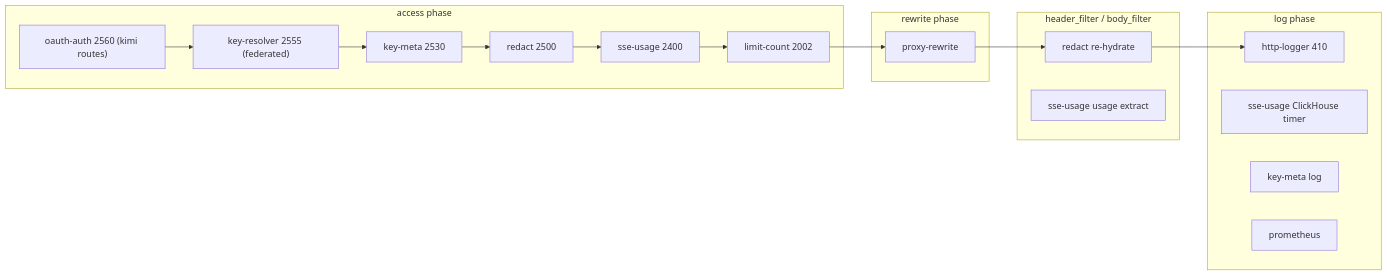
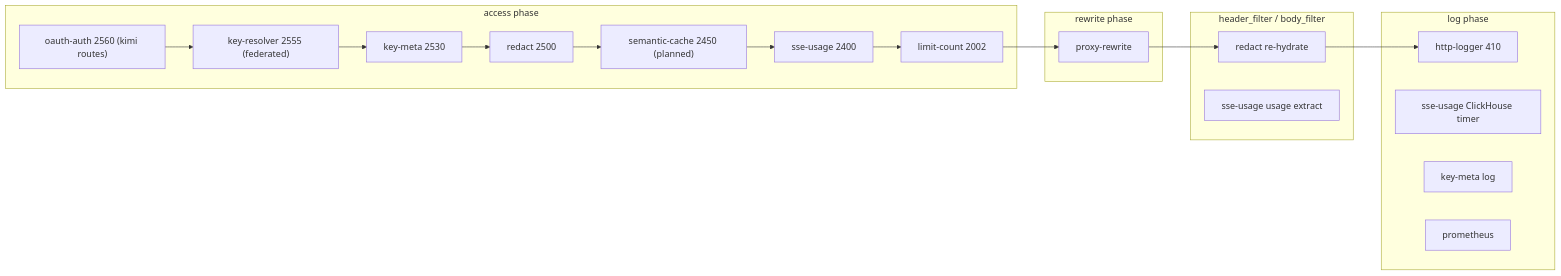
One commit to Independent-AI-Labs/WORKSPACE-GATEWAY changed the diagram in docs/architecture/PLUGIN-PIPELINE.md. Above: the diagram before and after it, drawn with Mermaid. The commit also changed other lines of this file and 6 other files, not shown here.

First line of the commit message:
docs: move semantic cache to pgvector + llama.cpp, fix redact drift

````diff
--- a/docs/architecture/PLUGIN-PIPELINE.md
+++ b/docs/architecture/PLUGIN-PIPELINE.md
@@ -11,25 +11,26 @@
 ```mermaid
 graph LR
     subgraph access [access phase]
         KA["oauth-auth 2560 (kimi routes)"]
         KR["key-resolver 2555 (federated)"]
         KM["key-meta 2530"]
         RD["redact 2500"]
+        SC["semantic-cache 2450 (planned)"]
         SU0["sse-usage 2400"]
         LC["limit-count 2002"]
     end
     subgraph rewrite [rewrite phase]
         PRW["proxy-rewrite"]
     end
     subgraph header_body [header_filter / body_filter]
         RD2["redact re-hydrate"]
         SU["sse-usage usage extract"]
     end
     subgraph log [log phase]
         HL["http-logger 410"]
         SU2["sse-usage ClickHouse timer"]
         KM2["key-meta log"]
         PM["prometheus"]
     end
-    KA --> KR --> KM --> RD --> SU0 --> LC --> PRW --> RD2 --> HL
+    KA --> KR --> KM --> RD --> SC --> SU0 --> LC --> PRW --> RD2 --> HL
 ```
````
